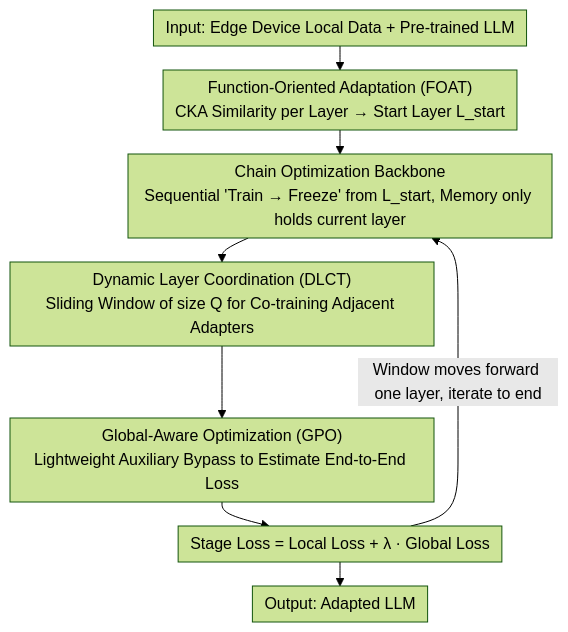
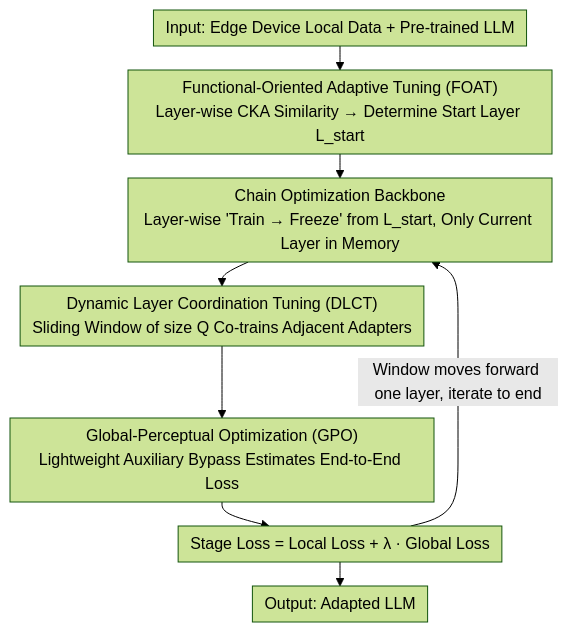
One commit to zhaoyang97/Paper-Notes-en changed the diagram in docs/ACL2026/llm_safety/beyond_end-to-end_dynamic_chain_optimization_for_private_llm_adaptation_on_the_e.md. Above: the diagram before and after it, drawn with Mermaid (forest theme). The commit also changed other lines of this file and 5084 other files, not shown here.

````diff
--- a/docs/ACL2026/llm_safety/beyond_end-to-end_dynamic_chain_optimization_for_private_llm_adaptation_on_the_e.md
+++ b/docs/ACL2026/llm_safety/beyond_end-to-end_dynamic_chain_optimization_for_private_llm_adaptation_on_the_e.md
@@ -42,12 +42,12 @@
 ```mermaid
 %%{init: {'flowchart': {'rankSpacing': 24, 'nodeSpacing': 28, 'padding': 6, 'wrappingWidth': 400}}}%%
 flowchart TD
     A["Input: Edge Device Local Data + Pre-trained LLM"]
-    A --> B["Function-Oriented Adaptation (FOAT)<br/>CKA Similarity per Layer → Start Layer L_start"]
-    B --> C["Chain Optimization Backbone<br/>Sequential 'Train → Freeze' from L_start, Memory only holds current layer"]
-    C --> D["Dynamic Layer Coordination (DLCT)<br/>Sliding Window of size Q for Co-training Adjacent Adapters"]
-    D --> E["Global-Aware Optimization (GPO)<br/>Lightweight Auxiliary Bypass to Estimate End-to-End Loss"]
+    A --> B["Functional-Oriented Adaptive Tuning (FOAT)<br/>Layer-wise CKA Similarity → Determine Start Layer L_start"]
+    B --> C["Chain Optimization Backbone<br/>Layer-wise 'Train → Freeze' from L_start, Only Current Layer in Memory"]
+    C --> D["Dynamic Layer Coordination Tuning (DLCT)<br/>Sliding Window of size Q Co-trains Adjacent Adapters"]
+    D --> E["Global-Perceptual Optimization (GPO)<br/>Lightweight Auxiliary Bypass Estimates End-to-End Loss"]
     E --> F["Stage Loss = Local Loss + λ · Global Loss"]
     F -->|Window moves forward one layer, iterate to end| C
     F --> G["Output: Adapted LLM"]
 ```
````
